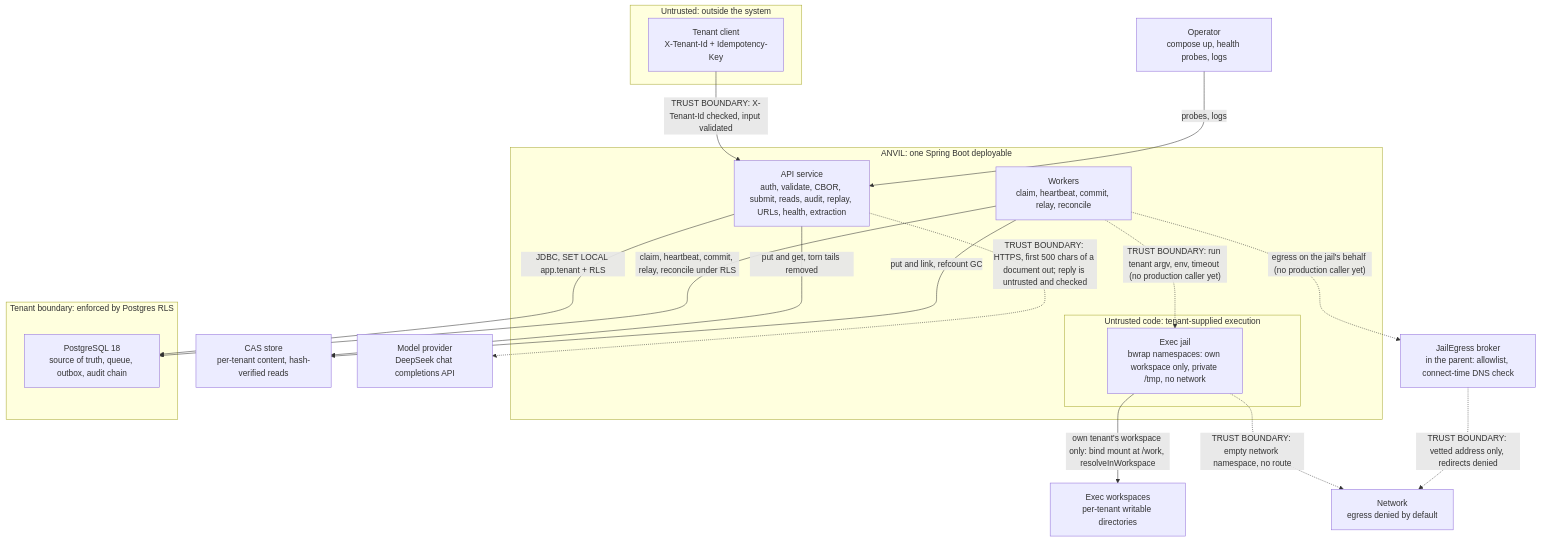
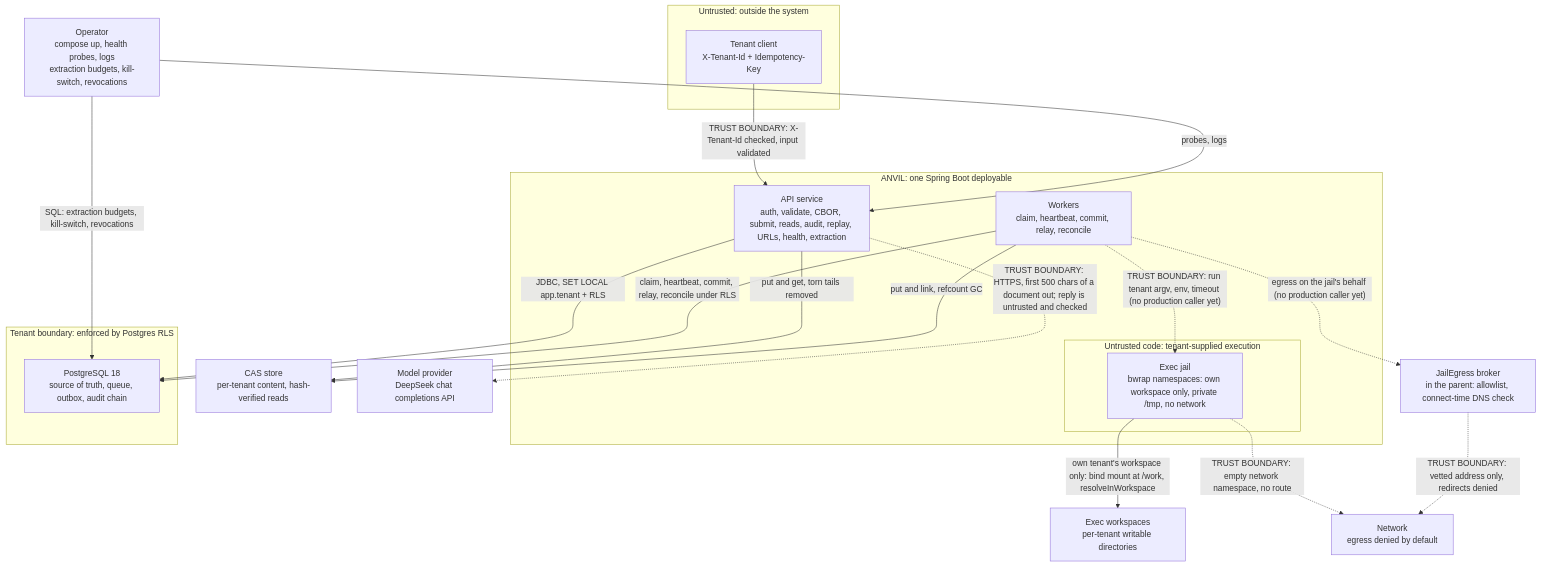
Before and after one commit to G1DO/anvil: the diagram in docs/architecture/containers.mmd, drawn with Mermaid. The commit also changed 7 other files, not shown here.

```diff
--- a/docs/architecture/containers.mmd
+++ b/docs/architecture/containers.mmd
@@ -1,32 +1,33 @@
 flowchart TB
     subgraph untrusted["Untrusted: outside the system"]
         tenantClient["Tenant client<br/>X-Tenant-Id + Idempotency-Key"]
     end
-    operator["Operator<br/>compose up, health probes, logs"]
+    operator["Operator<br/>compose up, health probes, logs<br/>extraction budgets, kill-switch, revocations"]
     subgraph anvil["ANVIL: one Spring Boot deployable"]
         api["API service<br/>auth, validate, CBOR, submit, reads, audit, replay, URLs, health, extraction"]
         workers["Workers<br/>claim, heartbeat, commit, relay, reconcile"]
         subgraph jailZone["Untrusted code: tenant-supplied execution"]
             jail["Exec jail<br/>bwrap namespaces: own workspace only, private /tmp, no network"]
         end
     end
     subgraph tenantData["Tenant boundary: enforced by Postgres RLS"]
         postgres["PostgreSQL 18<br/>source of truth, queue, outbox, audit chain"]
     end
     casStore["CAS store<br/>per-tenant content, hash-verified reads"]
     execWorkspaces["Exec workspaces<br/>per-tenant writable directories"]
     network["Network<br/>egress denied by default"]
     llm["Model provider<br/>DeepSeek chat completions API"]
     broker["JailEgress broker<br/>in the parent: allowlist, connect-time DNS check"]
     tenantClient -->|"TRUST BOUNDARY: X-Tenant-Id checked, input validated"| api
     operator -->|probes, logs| api
+    operator -->|"SQL: extraction budgets, kill-switch, revocations"| postgres
     api -->|"JDBC, SET LOCAL app.tenant + RLS"| postgres
     workers -->|"claim, heartbeat, commit, relay, reconcile under RLS"| postgres
     api -->|put and get, torn tails removed| casStore
     api -.->|"TRUST BOUNDARY: HTTPS, first 500 chars of a document out; reply is untrusted and checked"| llm
     workers -->|put and link, refcount GC| casStore
     workers -.->|"TRUST BOUNDARY: run tenant argv, env, timeout (no production caller yet)"| jail
     jail -->|"own tenant's workspace only: bind mount at /work, resolveInWorkspace"| execWorkspaces
     jail -.->|"TRUST BOUNDARY: empty network namespace, no route"| network
     workers -.->|"egress on the jail's behalf (no production caller yet)"| broker
     broker -.->|"TRUST BOUNDARY: vetted address only, redirects denied"| network
```
